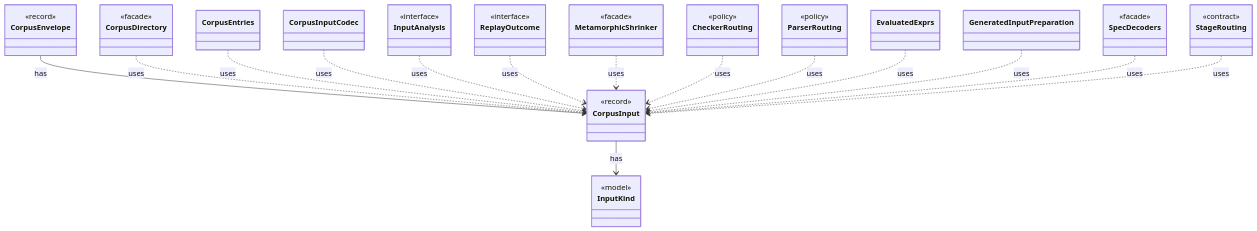
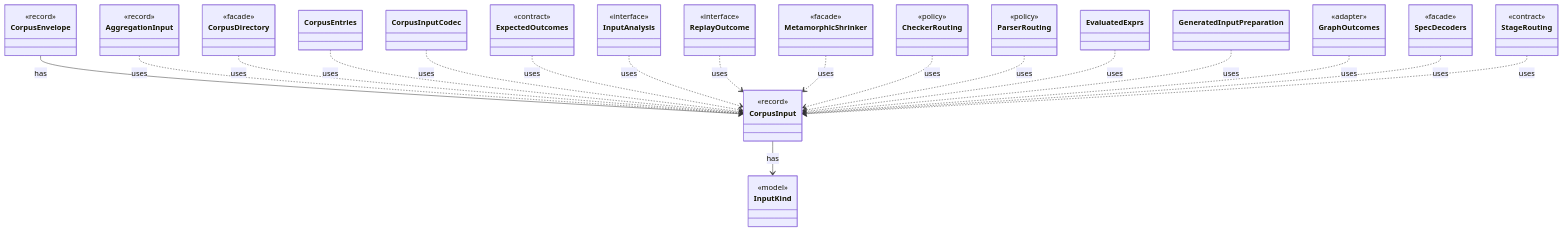
One commit to tlaplus/model-checker-hardening changed the diagram in dev/types/io.github.tlaplus.hardening.corpus.CorpusInput.md. Above: the diagram before and after it, drawn with Mermaid. The commit also changed other lines of this file and 401 other files, not shown here.

````diff
--- a/dev/types/io.github.tlaplus.hardening.corpus.CorpusInput.md
+++ b/dev/types/io.github.tlaplus.hardening.corpus.CorpusInput.md
@@ -7,54 +7,66 @@
 ```mermaid
 classDiagram
   class CorpusInput {
     <<record>>
   }
   class InputKind {
     <<model>>
   }
   class CorpusEnvelope {
     <<record>>
   }
+  class AggregationInput {
+    <<record>>
+  }
   class CorpusDirectory {
     <<facade>>
   }
   class CorpusEntries
   class CorpusInputCodec
+  class ExpectedOutcomes {
+    <<contract>>
+  }
   class InputAnalysis {
     <<interface>>
   }
   class ReplayOutcome {
     <<interface>>
   }
   class MetamorphicShrinker {
     <<facade>>
   }
   class CheckerRouting {
     <<policy>>
   }
   class ParserRouting {
     <<policy>>
   }
   class EvaluatedExprs
   class GeneratedInputPreparation
+  class GraphOutcomes {
+    <<adapter>>
+  }
   class SpecDecoders {
     <<facade>>
   }
   class StageRouting {
     <<contract>>
   }
   CorpusInput --> InputKind : has
   CorpusEnvelope --> CorpusInput : has
+  AggregationInput ..> CorpusInput : uses
   CorpusDirectory ..> CorpusInput : uses
   CorpusEntries ..> CorpusInput : uses
   CorpusInputCodec ..> CorpusInput : uses
+  ExpectedOutcomes ..> CorpusInput : uses
   InputAnalysis ..> CorpusInput : uses
   ReplayOutcome ..> CorpusInput : uses
   MetamorphicShrinker ..> CorpusInput : uses
   CheckerRouting ..> CorpusInput : uses
   ParserRouting ..> CorpusInput : uses
   EvaluatedExprs ..> CorpusInput : uses
   GeneratedInputPreparation ..> CorpusInput : uses
+  GraphOutcomes ..> CorpusInput : uses
   SpecDecoders ..> CorpusInput : uses
   StageRouting ..> CorpusInput : uses
 ```
````
